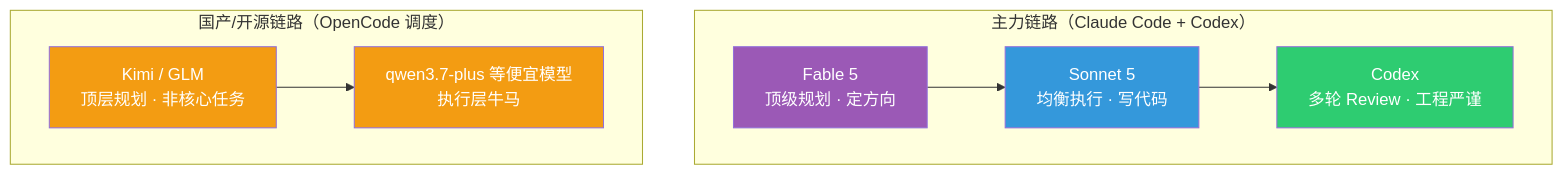
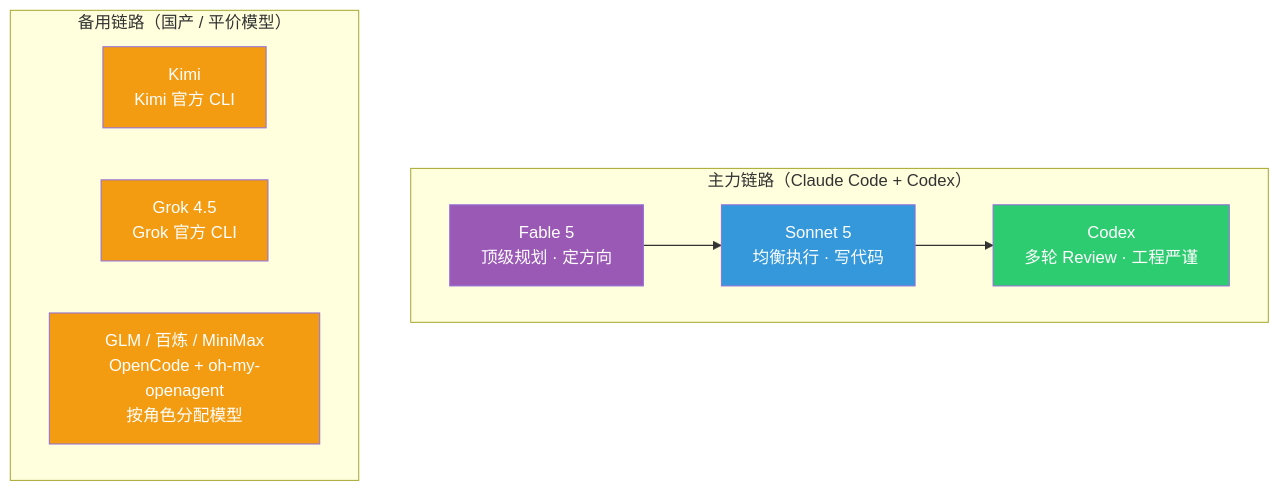
Before and after one commit to zj1123581321/zj1123581321.github.io: the second of 2 diagrams in content/posts/260721-the-zelda-phase-of-life/index.md, drawn with Mermaid. The commit also changed other lines of this file, not shown here.

````diff
--- a/content/posts/260721-the-zelda-phase-of-life/index.md
+++ b/content/posts/260721-the-zelda-phase-of-life/index.md
@@ -191,21 +188,22 @@
 ```mermaid
 graph TB
     subgraph main["主力链路（Claude Code + Codex）"]
         PLAN["Fable 5<br/>顶级规划 · 定方向"]
         EXEC["Sonnet 5<br/>均衡执行 · 写代码"]
         REVIEW["Codex<br/>多轮 Review · 工程严谨"]
         PLAN --> EXEC --> REVIEW
     end
 
-    subgraph alt["国产/开源链路（OpenCode 调度）"]
-        PLAN2["Kimi / GLM <br/>顶层规划 · 非核心任务"]
-        EXEC2["qwen3.7-plus 等便宜模型<br/>执行层牛马"]
-        PLAN2 --> EXEC2
+    subgraph alt["备用链路（国产 / 平价模型）"]
+        KIMI["Kimi<br/>Kimi 官方 CLI"]
+        GROK["Grok 4.5<br/>Grok 官方 CLI"]
+        OC["GLM / 百炼 / MiniMax<br/>OpenCode + oh-my-openagent<br/>按角色分配模型"]
     end
 
     style PLAN fill:#9b59b6,color:#fff
     style EXEC fill:#3498db,color:#fff
     style REVIEW fill:#2ecc71,color:#fff
-    style PLAN2 fill:#f39c12,color:#fff
-    style EXEC2 fill:#f39c12,color:#fff
+    style KIMI fill:#f39c12,color:#fff
+    style GROK fill:#f39c12,color:#fff
+    style OC fill:#f39c12,color:#fff
 ```
````
